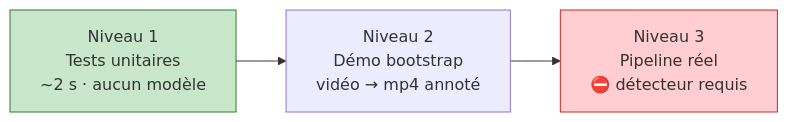
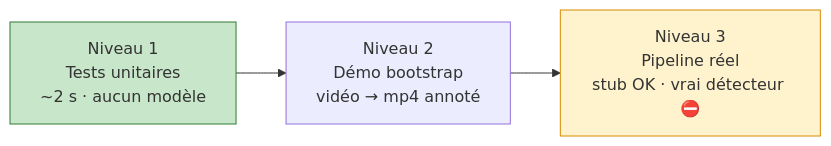
The diagram in docs/GUIDE_TEST.md (JordanLacroix/plate-recognition), drawn with Mermaid before and after one commit. The commit also changed other lines of this file and 21 other files, not shown here.

````diff
--- a/docs/GUIDE_TEST.md
+++ b/docs/GUIDE_TEST.md
@@ -23,7 +23,7 @@
 ```mermaid
 flowchart LR
     N1["Niveau 1<br/>Tests unitaires<br/>~2 s · aucun modèle"] --> N2["Niveau 2<br/>Démo bootstrap<br/>vidéo → mp4 annoté"]
-    N2 --> N3["Niveau 3<br/>Pipeline réel<br/>⛔ détecteur requis"]
+    N2 --> N3["Niveau 3<br/>Pipeline réel<br/>stub OK · vrai détecteur ⛔"]
     style N1 fill:#c8e6c9,stroke:#2e7d32
-    style N3 fill:#ffcdd2,stroke:#c62828
+    style N3 fill:#fff3cd,stroke:#d98b00
 ```
````
